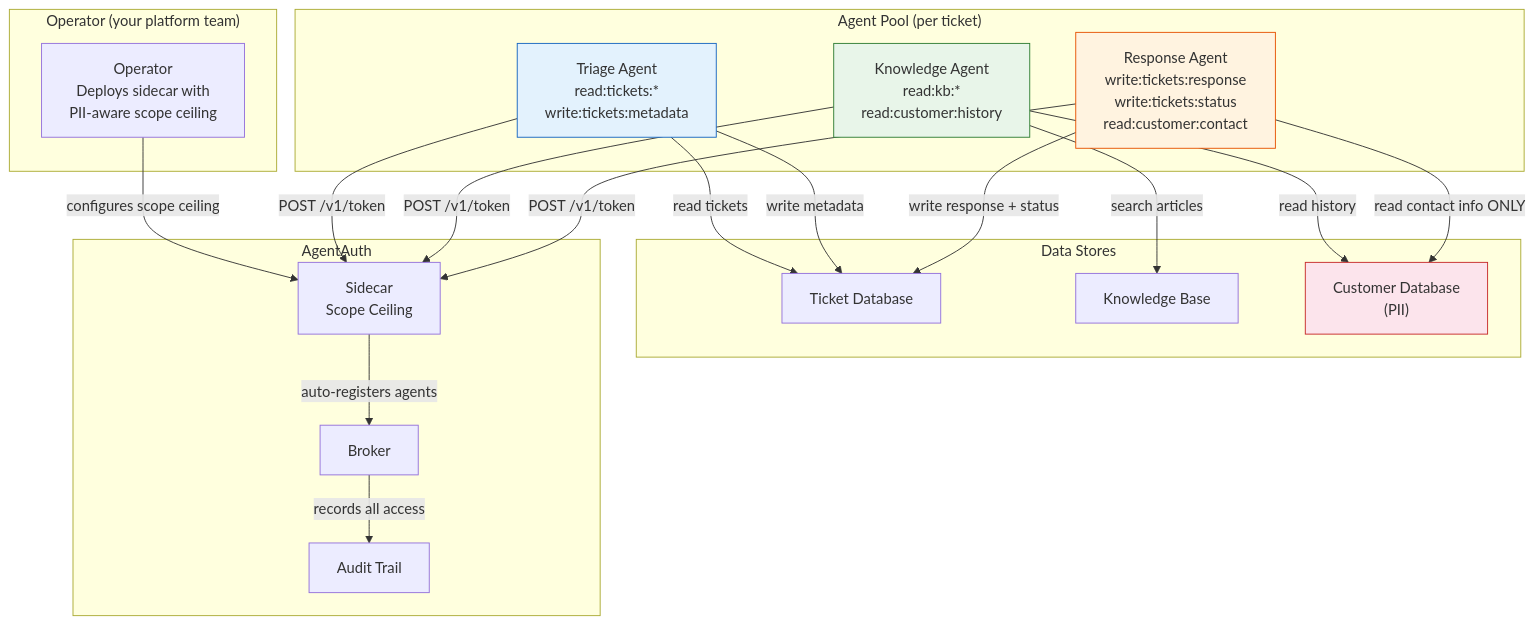
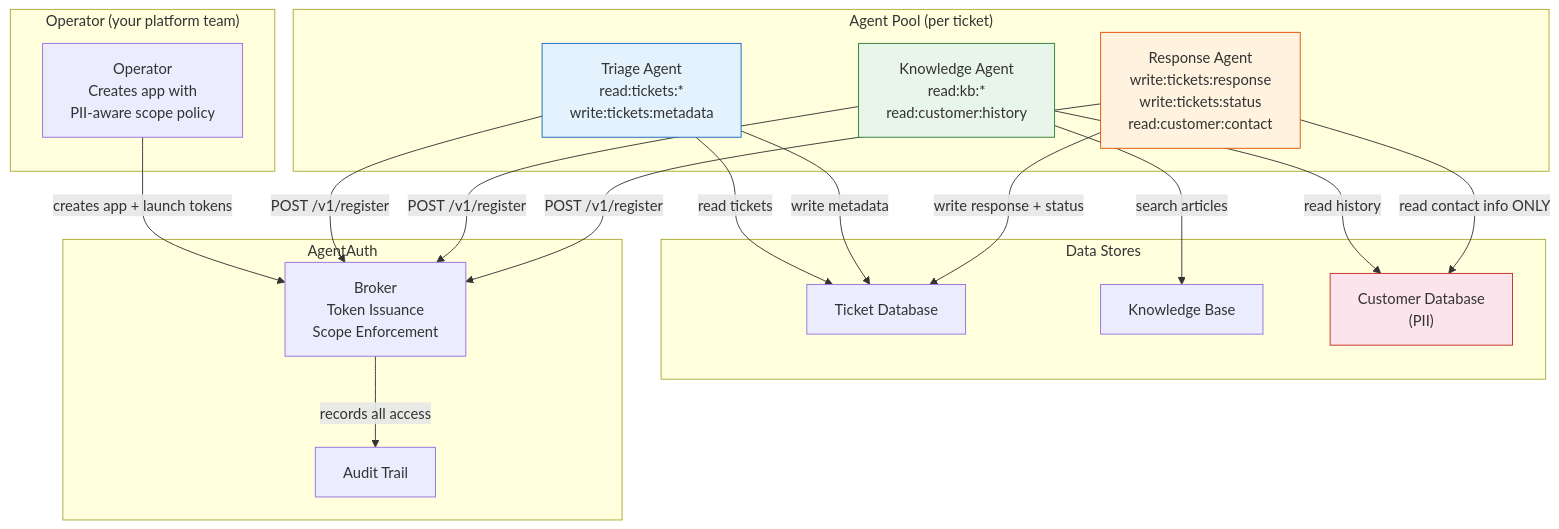
The first of 2 diagrams in docs/examples/customer-support.md (devonartis/agentwrit), drawn with Mermaid before and after one commit. The commit also changed other lines of this file and 21 other files, not shown here.

First line of the commit message:
docs: complete documentation overhaul — remove all sidecar references, align with code

````diff
--- a/docs/examples/customer-support.md
+++ b/docs/examples/customer-support.md
@@ -45,42 +45,39 @@
 ```mermaid
 flowchart TB
     subgraph operator["Operator (your platform team)"]
-        O["Operator<br/>Deploys sidecar with<br/>PII-aware scope ceiling"]
+        O["Operator<br/>Creates app with<br/>PII-aware scope policy"]
     end
 
     subgraph agents["Agent Pool (per ticket)"]
         T["Triage Agent<br/>read:tickets:*<br/>write:tickets:metadata"]
         K["Knowledge Agent<br/>read:kb:*<br/>read:customer:history"]
         R["Response Agent<br/>write:tickets:response<br/>write:tickets:status<br/>read:customer:contact"]
     end
 
     subgraph data["Data Stores"]
         TDB["Ticket Database"]
         KB["Knowledge Base"]
         CDB["Customer Database<br/>(PII)"]
     end
 
     subgraph agentauth["AgentAuth"]
-        Sidecar["Sidecar<br/>Scope Ceiling"]
-        Broker["Broker"]
+        B["Broker<br/>Token Issuance<br/>Scope Enforcement"]
         Audit["Audit Trail"]
     end
 
-    O -->|"configures scope ceiling"| Sidecar
-    T & K & R -->|"POST /v1/token"| Sidecar
-    Sidecar -->|"auto-registers agents"| Broker
+    O -->|"creates app + launch tokens"| B
+    T & K & R -->|"POST /v1/register"| B
+    B -->|"records all access"| Audit
 
     T -->|"read tickets"| TDB
     T -->|"write metadata"| TDB
     K -->|"search articles"| KB
     K -->|"read history"| CDB
     R -->|"read contact info ONLY"| CDB
     R -->|"write response + status"| TDB
 
-    Broker -->|"records all access"| Audit
-
     style CDB fill:#fce4ec,stroke:#c62828
     style R fill:#fff3e0,stroke:#e65100
     style K fill:#e8f5e9,stroke:#2e7d32
     style T fill:#e3f2fd,stroke:#1565c0
 ```
````
